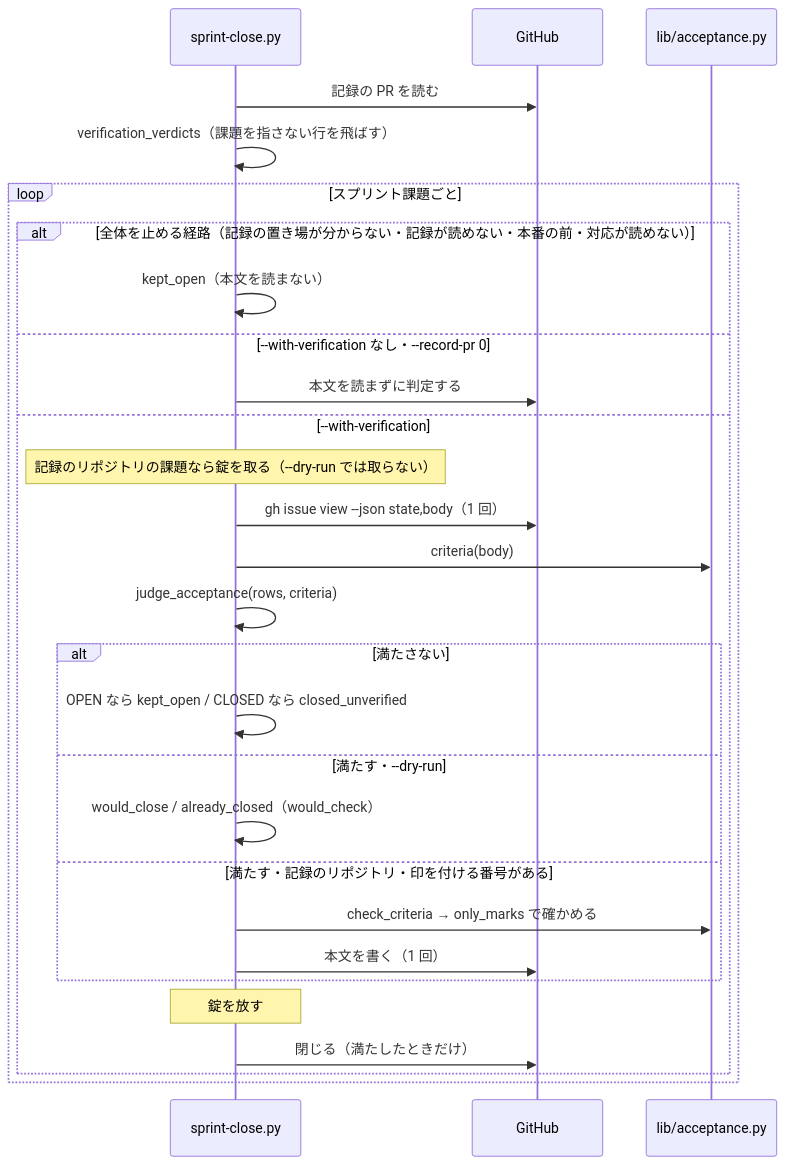
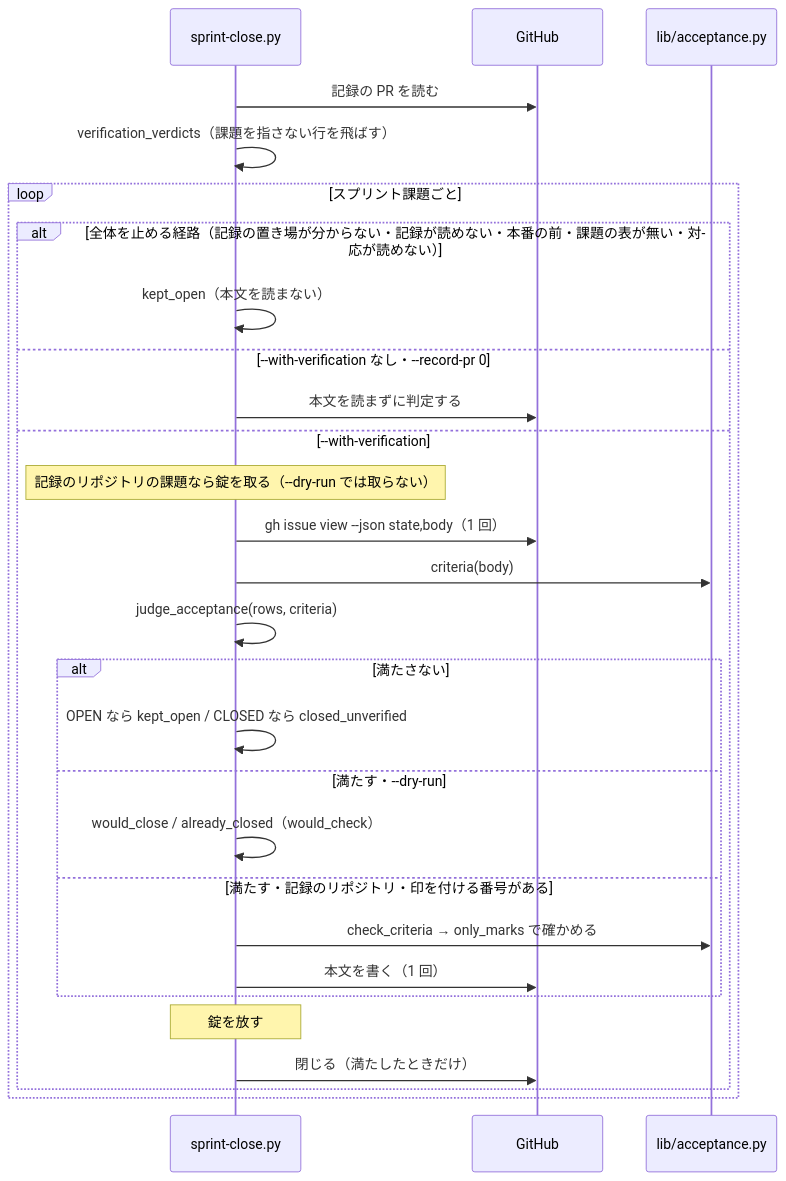
One commit to devbasex/ai-plugins changed the diagram in docs/specifications/ndf-sprint-close-acceptance-criteria.md. Above: the diagram before and after it, drawn with Mermaid. The commit also changed other lines of this file and 2 other files, not shown here.

````diff
--- a/docs/specifications/ndf-sprint-close-acceptance-criteria.md
+++ b/docs/specifications/ndf-sprint-close-acceptance-criteria.md
@@ -100,30 +105,30 @@
 ```mermaid
 sequenceDiagram
   participant SC as sprint-close.py
   participant GH as GitHub
   participant AC as lib/acceptance.py
   SC->>GH: 記録の PR を読む
   SC->>SC: verification_verdicts（課題を指さない行を飛ばす）
   loop スプリント課題ごと
-    alt 全体を止める経路（記録の置き場が分からない・記録が読めない・本番の前・対応が読めない）
+    alt 全体を止める経路（記録の置き場が分からない・記録が読めない・本番の前・課題の表が無い・対応が読めない）
       SC->>SC: kept_open（本文を読まない）
     else --with-verification なし・--record-pr 0
       SC->>GH: 本文を読まずに判定する
     else --with-verification
       Note over SC: 記録のリポジトリの課題なら錠を取る（--dry-run では取らない）
       SC->>GH: gh issue view --json state,body（1 回）
       SC->>AC: criteria(body)
       SC->>SC: judge_acceptance(rows, criteria)
       alt 満たさない
         SC->>SC: OPEN なら kept_open / CLOSED なら closed_unverified
       else 満たす・--dry-run
         SC->>SC: would_close / already_closed（would_check）
       else 満たす・記録のリポジトリ・印を付ける番号がある
         SC->>AC: check_criteria → only_marks で確かめる
         SC->>GH: 本文を書く（1 回）
       end
       Note over SC: 錠を放す
       SC->>GH: 閉じる（満たしたときだけ）
     end
   end
 ```
````
